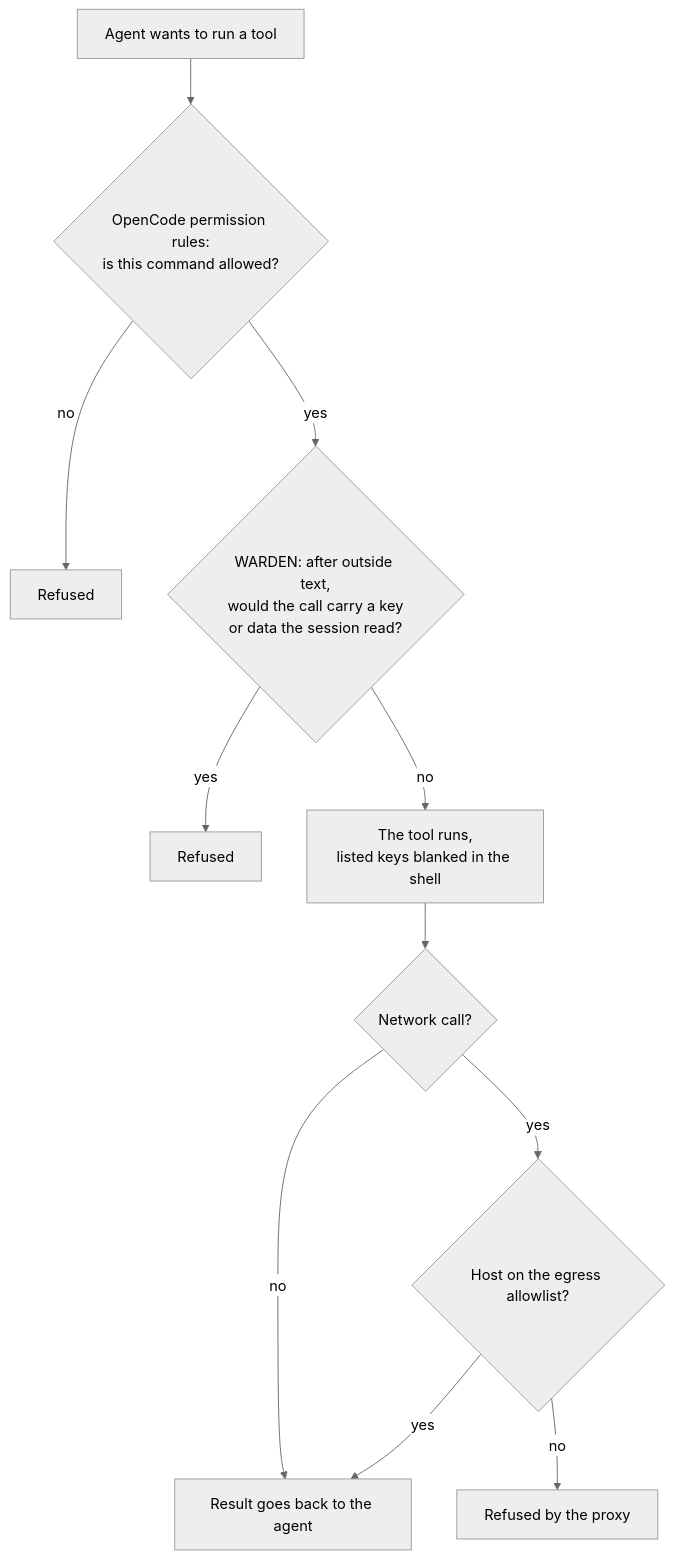
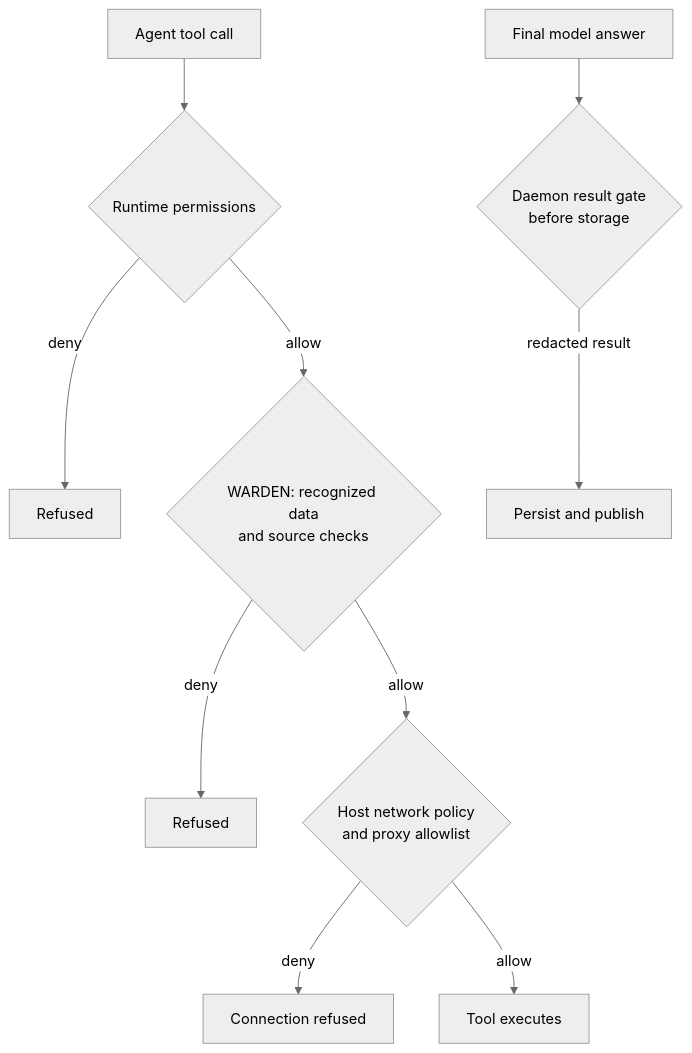
The third of 5 diagrams in multica/manual/README.md (alexar76/aicom), drawn with Mermaid (neutral theme) before and after one commit. The commit also changed other lines of this file and 3001 other files, not shown here.

````diff
--- a/multica/manual/README.md
+++ b/multica/manual/README.md
@@ -246,13 +366,12 @@
 ```mermaid
 flowchart TB
-  t["Agent wants to run a tool"] --> p{"OpenCode permission rules:<br/>is this command allowed?"}
-  p -- "no" --> r1["Refused"]
-  p -- "yes" --> w{"WARDEN: after outside text,<br/>would the call carry a key<br/>or data the session read?"}
-  w -- "yes" --> r2["Refused"]
-  w -- "no" --> run["The tool runs,<br/>listed keys blanked in the shell"]
-  run --> net{"Network call?"}
-  net -- "no" --> ok["Result goes back to the agent"]
-  net -- "yes" --> e{"Host on the egress allowlist?"}
-  e -- "no" --> r3["Refused by the proxy"]
-  e -- "yes" --> ok
+  t["Agent tool call"] --> p{"Runtime permissions"}
+  p -- "deny" --> r1["Refused"]
+  p -- "allow" --> w{"WARDEN: recognized data<br/>and source checks"}
+  w -- "deny" --> r2["Refused"]
+  w -- "allow" --> n{"Host network policy<br/>and proxy allowlist"}
+  n -- "deny" --> r3["Connection refused"]
+  n -- "allow" --> ok["Tool executes"]
+  a["Final model answer"] --> g{"Daemon result gate<br/>before storage"}
+  g -- "redacted result" --> s["Persist and publish"]
 ```
````
